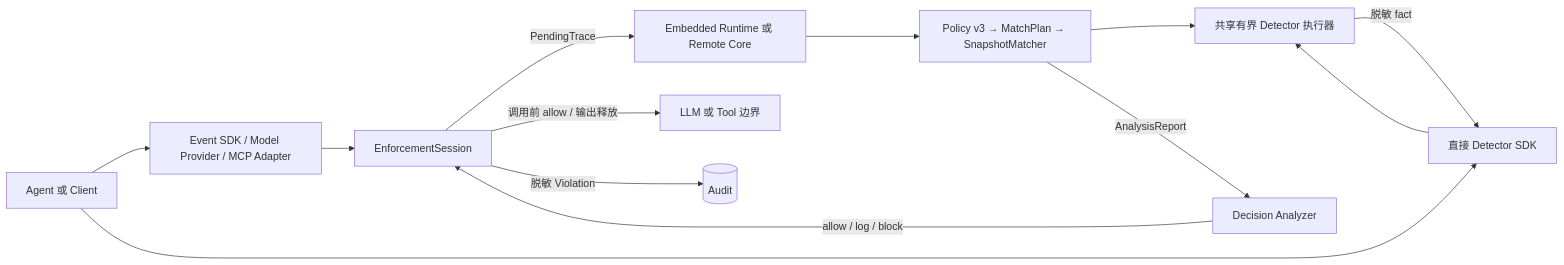
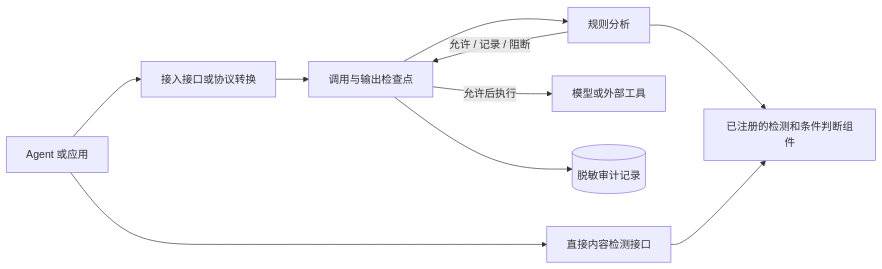
The diagram in README.zh-CN.md (cipeizheng/agent-guardrail), drawn with Mermaid before and after one commit. The commit also changed other lines of this file and 34 other files, not shown here.

````diff
--- a/README.zh-CN.md
+++ b/README.zh-CN.md
@@ -41,15 +37,12 @@
 ```mermaid
 flowchart LR
-    A[Agent 或 Client] --> B[Event SDK / Model Provider / MCP Adapter]
-    A --> I[直接 Detector SDK]
-    B --> C[EnforcementSession]
-    C -->|PendingTrace| D[Embedded Runtime 或 Remote Core]
-    D --> E[Policy v3 → MatchPlan → SnapshotMatcher]
-    E --> J[共享有界 Detector 执行器]
-    I --> J
-    J -->|脱敏 fact| I
-    E -->|AnalysisReport| F[Decision Analyzer]
-    F -->|allow / log / block| C
-    C -->|调用前 allow / 输出释放| G[LLM 或 Tool 边界]
-    C -->|脱敏 Violation| H[(Audit)]
+    A[Agent 或应用] --> B[接入接口或协议转换]
+    B --> C[调用与输出检查点]
+    C --> D[规则分析]
+    D --> E[已注册的检测和条件判断组件]
+    D -->|允许 / 记录 / 阻断| C
+    C -->|允许后执行| F[模型或外部工具]
+    C --> G[(脱敏审计记录)]
+    A --> H[直接内容检测接口]
+    H --> E
 ```
````
